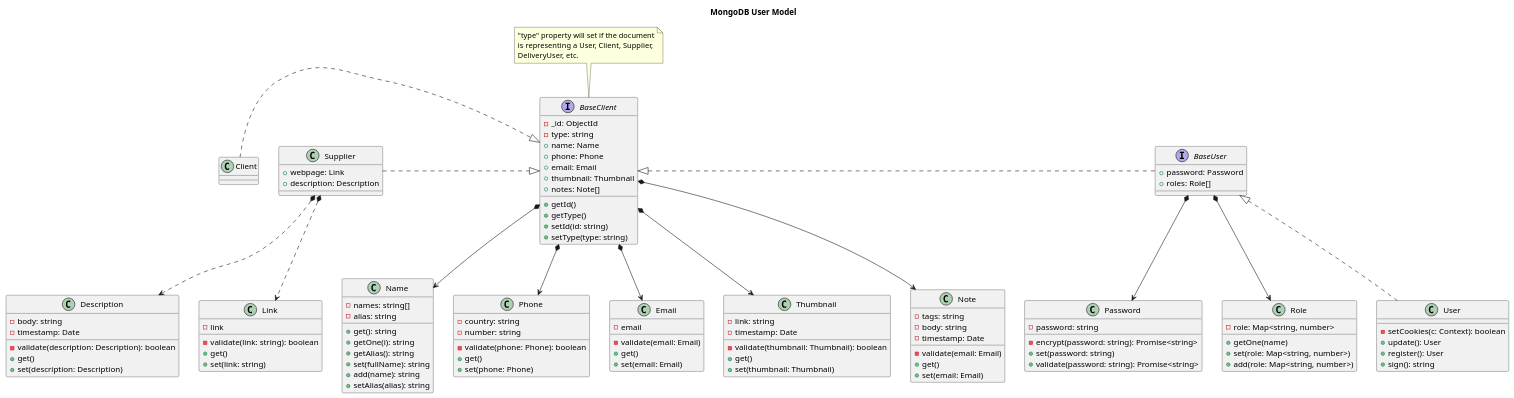
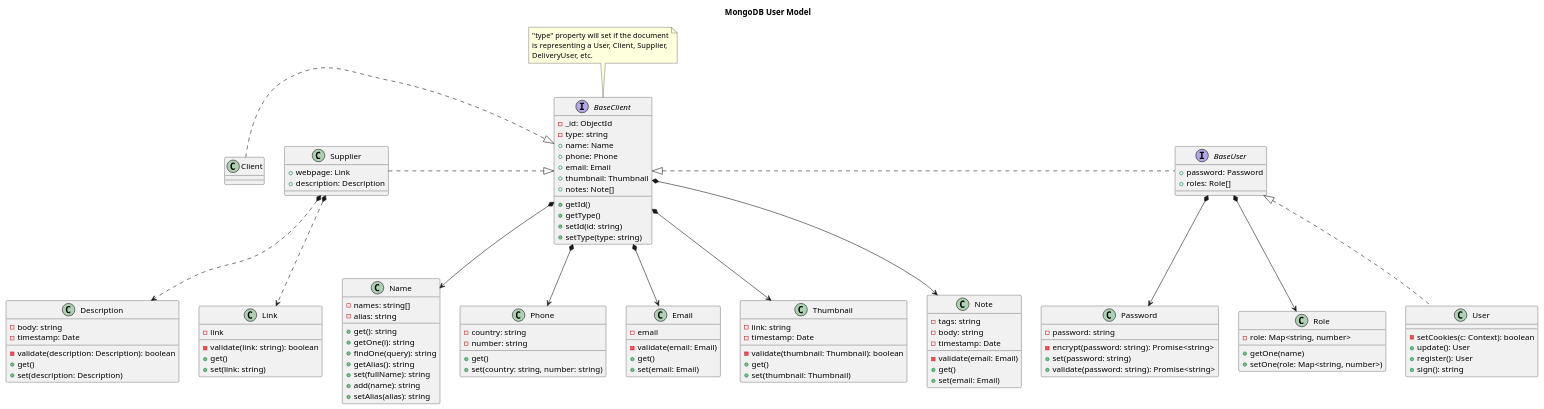
One commit to Chiqui1234ok/lions-app changed the diagram in back/uml/User.puml. Above: the diagram before and after it, drawn with PlantUML. The commit also changed 1 other file, not shown here.

Commit message:
'validate' function removed (I think isn't necessary, by now)

```diff
--- a/back/uml/User.puml
+++ b/back/uml/User.puml
@@ -1,143 +1,142 @@
 @startuml
 
 title MongoDB User Model
 
 interface BaseClient {
     - _id: ObjectId
     - type: string
     + name: Name
     + phone: Phone
     + email: Email
     + thumbnail: Thumbnail
     + notes: Note[]
     + getId()
     + getType()
     + setId(id: string)
     + setType(type: string)
 }
 
 ' interface BaseUser extends BaseClient
 interface BaseUser {
     + password: Password
     + roles: Role[]
 }
 
 ' class Client implements BaseClient
 class Client {
 
 }
 
 ' class User implements BaseUser
 class User {
     - setCookies(c: Context): boolean
     + update(): User
     + register(): User
     + sign(): string
 }
 
 ' class Supplier implements BaseClient
 class Supplier {
     + webpage: Link
     + description: Description
 }
 
 ' :: TINY OBJECTS ::
 
 class Password {
     - password: string
     - encrypt(password: string): Promise<string>
     + set(password: string)
     + validate(password: string): Promise<string>
 }
 
 class Role {
     - role: Map<string, number>
     + getOne(name)
-    + set(role: Map<string, number>)
-    + add(role: Map<string, number>)
+    + setOne(role: Map<string, number>)
 }
 
 class Name {
     - names: string[]
     - alias: string
     + get(): string
     + getOne(i): string
+    + findOne(query): string
     + getAlias(): string
     + set(fullName): string
     + add(name): string
     + setAlias(alias): string
 }
 
 class Phone {
     - country: string
     - number: string
-    - validate(phone: Phone): boolean
     + get()
-    + set(phone: Phone)
+    + set(country: string, number: string)
 }
 
 class Email {
     - email
     - validate(email: Email)
     + get()
     + set(email: Email)
 }
 
 class Description {
     - body: string
     - timestamp: Date
     - validate(description: Description): boolean
     + get()
     + set(description: Description)
 }
 
 class Thumbnail {
     - link: string
     - timestamp: Date
     - validate(thumbnail: Thumbnail): boolean
     + get()
     + set(thumbnail: Thumbnail)
 }
 
 class Note {
     - tags: string
     - body: string
     - timestamp: Date
     - validate(email: Email)
     + get()
     + set(email: Email)
 }
 
 class Link {
     - link
     - validate(link: string): boolean
     + get()
     + set(link: string)
 }
 
 ' Inherit (interfaces). For classes,
 ' remember: ClasePadre <|-- ClaseHija
 BaseClient <|.r. BaseUser
 BaseUser <|.. User
 BaseClient <|.l. Supplier
 BaseClient <|.l. Client
 
 ' Composition
 BaseClient *--> Name
 BaseClient *--> Phone
 BaseClient *--> Email
 BaseClient *--> Thumbnail
 BaseClient *--> Note
 Supplier *..> Link
 Supplier *..> Description
 BaseUser *--> Password
 BaseUser *--> Role
 
 ' Notes
 note top of BaseClient
 "type" property will set if the document
 is representing a User, Client, Supplier,
 DeliveryUser, etc.
 endnote
 
 @enduml
```
